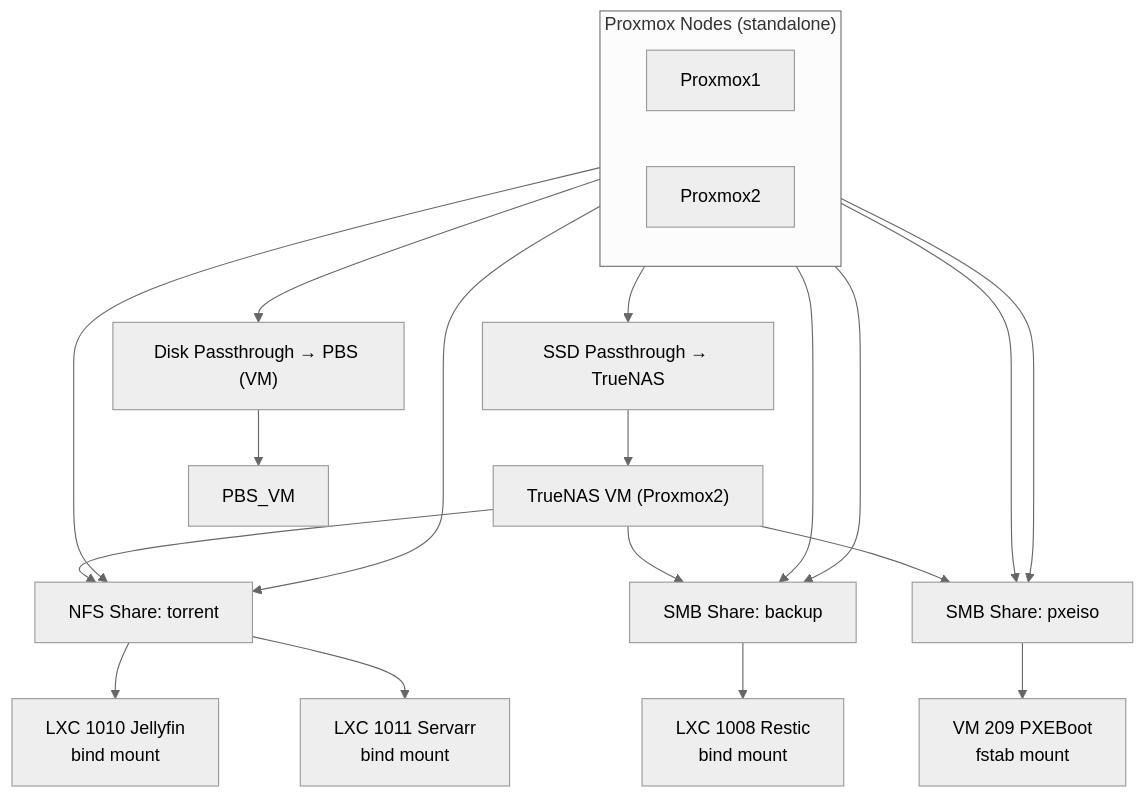
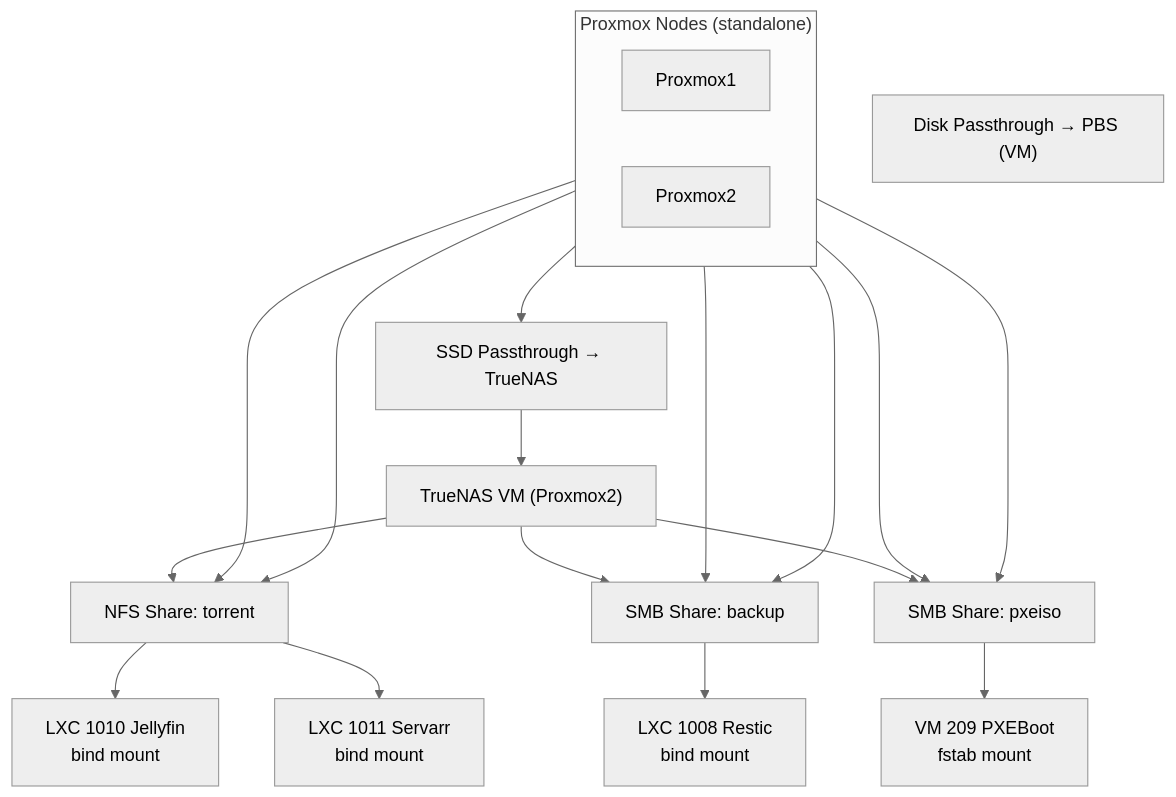
One commit to torokrolf/homelab changed the diagram in 13-Design_Decisions/README_HU.md. Above: the diagram before and after it, drawn with Mermaid (neutral theme).

````diff
--- a/13-Design_Decisions/README_HU.md
+++ b/13-Design_Decisions/README_HU.md
@@ -59,45 +59,44 @@
 ```mermaid
 flowchart TB
 
     %% Top row: Proxmox nodes side by side
     subgraph PROXMOX["Proxmox Nodes (standalone)"]
         direction LR
         PVE1["Proxmox1"]
         PVE2["Proxmox2"]
     end
 
     %% Passthrough disks on PVE2
     SSD_TRUENAS["SSD Passthrough → TrueNAS"]
     SSD_PBS["Disk Passthrough → PBS (VM)"]
 
     TRUENAS_VM["TrueNAS VM (Proxmox2)"]
 
     %% Passthrough connections
     PVE2 --> SSD_TRUENAS --> TRUENAS_VM
-    PVE2 --> SSD_PBS --> PBS_VM
 
     %% TrueNAS storage exports
     TRUENAS_VM --> NFS["NFS Share: torrent"]
     TRUENAS_VM --> SMB1["SMB Share: backup"]
     TRUENAS_VM --> SMB2["SMB Share: pxeiso"]
 
     %% Both Proxmox nodes mount the shares
     PVE1 --> NFS
     PVE1 --> SMB1
     PVE1 --> SMB2
 
     PVE2 --> NFS
     PVE2 --> SMB1
     PVE2 --> SMB2
 
     %% Consumers
     JELLY["LXC 1010 Jellyfin\nbind mount"]
     SERVARR["LXC 1011 Servarr\nbind mount"]
     RESTIC["LXC 1008 Restic\nbind mount"]
     PXEVM["VM 209 PXEBoot\nfstab mount"]
 
     NFS --> JELLY
     NFS --> SERVARR
     SMB1 --> RESTIC
     SMB2 --> PXEVM
 ```
````
